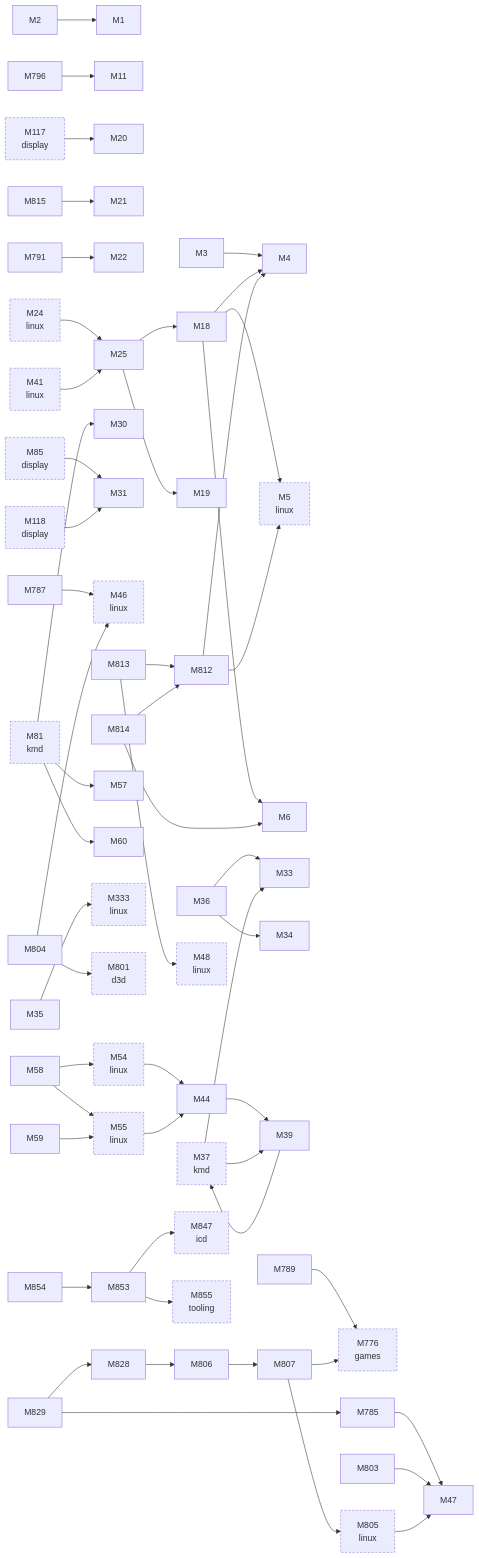
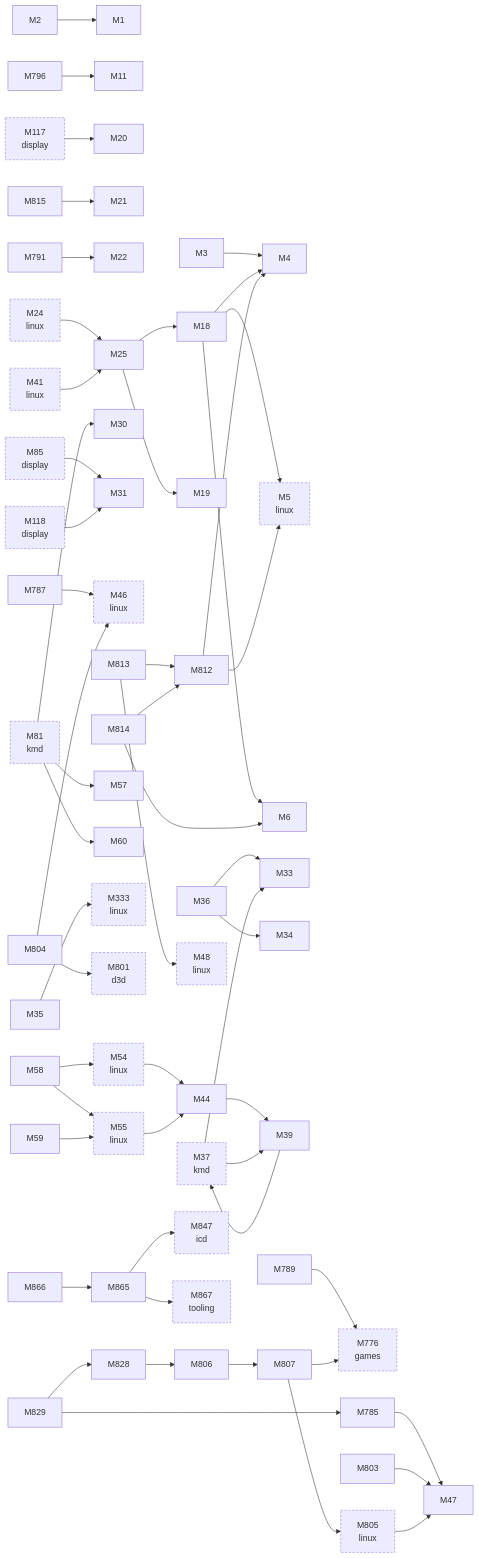
The second of 3 diagrams in docs/facts/graphs/hardware.md (D-Ogi/amdgpu-wddm), drawn with Mermaid before and after one commit. The commit also changed 10 other files, not shown here.

````diff
--- a/docs/facts/graphs/hardware.md
+++ b/docs/facts/graphs/hardware.md
@@ -125,9 +125,9 @@
   M828["M828"]
   M829["M829"]
   M847["M847<br/>icd"]
-  M853["M853"]
-  M854["M854"]
-  M855["M855<br/>tooling"]
+  M865["M865"]
+  M866["M866"]
+  M867["M867<br/>tooling"]
   M2 --> M1
   M3 --> M4
   M18 --> M4
@@ -164,9 +164,9 @@
   M828 --> M806
   M829 --> M785
   M829 --> M828
-  M853 --> M847
-  M853 --> M855
-  M854 --> M853
+  M865 --> M847
+  M865 --> M867
+  M866 --> M865
   M37 --> M33
   M37 --> M39
   M81 --> M30
@@ -181,5 +181,5 @@
   M55 --> M44
   M805 --> M47
   classDef other stroke-dasharray:4 3
-  class M5,M24,M37,M41,M46,M48,M54,M55,M81,M85,M117,M118,M333,M776,M801,M805,M847,M855 other
+  class M5,M24,M37,M41,M46,M48,M54,M55,M81,M85,M117,M118,M333,M776,M801,M805,M847,M867 other
 ```
````
